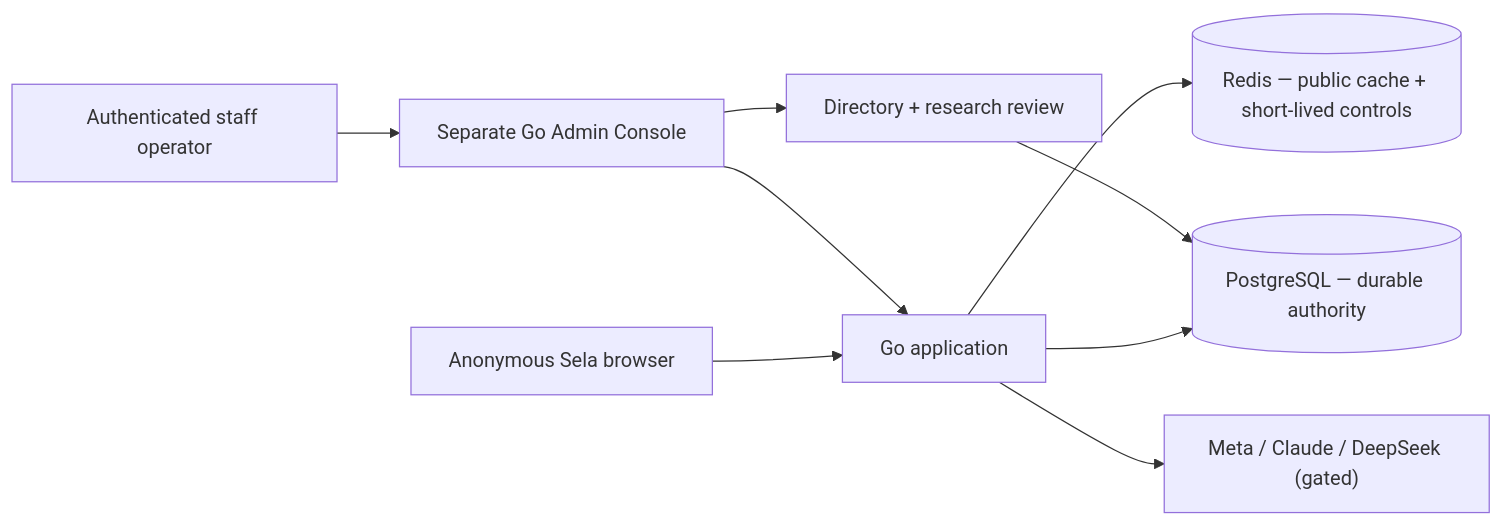
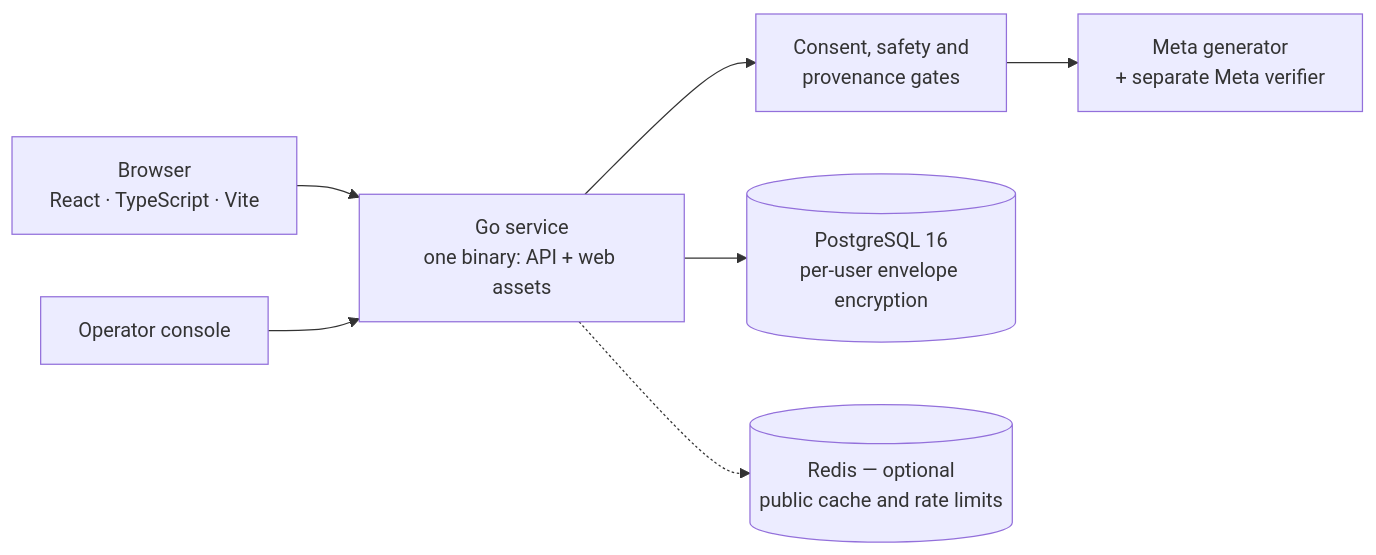
Before and after one commit to YanIanZ/sela: the diagram in README.md, drawn with Mermaid. The commit also changed other lines of this file and 115 other files, not shown here.

````diff
--- a/README.md
+++ b/README.md
@@ -68,11 +50,9 @@
-~~~mermaid
+```mermaid
 flowchart LR
-    A["Anonymous Sela browser"] --> G["Go application"]
-    O["Authenticated staff operator"] --> OC["Separate Go Admin Console"]
-    OC --> G
-    G --> PG[("PostgreSQL — durable authority")]
-    G --> R[("Redis — public cache + short-lived controls")]
-    G --> M["Meta / Claude / DeepSeek (gated)"]
-    OC --> D["Directory + research review"]
-    D --> PG
-~~~
+    U["Browser<br/>React · TypeScript · Vite"] --> API["Go service<br/>one binary: API + web assets"]
+    API --> S["Consent, safety and<br/>provenance gates"]
+    S --> AI["Meta generator<br/>+ separate Meta verifier"]
+    API --> PG[("PostgreSQL 16<br/>per-user envelope encryption")]
+    API -.-> R[("Redis — optional<br/>public cache and rate limits")]
+    O["Operator console"] --> API
+```
````
